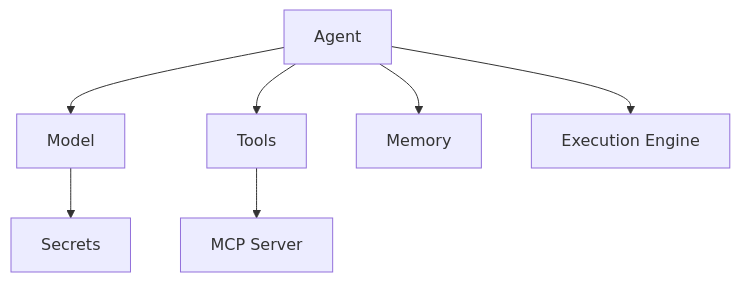
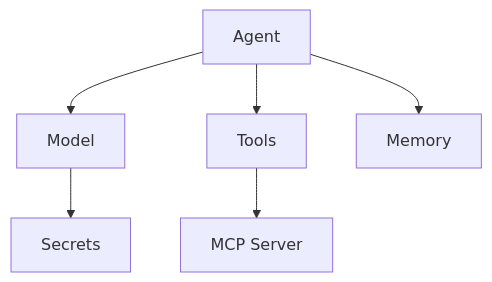
Before and after one commit to mckinsey/agents-at-scale-ark: the first of 3 diagrams in docs/content/reference/relationships.mdx, drawn with Mermaid. The commit also changed other lines of this file and 70 other files, not shown here.

````diff
--- a/docs/content/reference/relationships.mdx
+++ b/docs/content/reference/relationships.mdx
@@ -15,9 +15,8 @@
 ```mermaid
 graph TD
     A[Agent] --> M[Model]
     A --> T[Tools]
     A --> MEM[Memory]
-    A --> EE[Execution Engine]
     M --> S[Secrets]
     T --> MCP[MCP Server]
 ```
````
